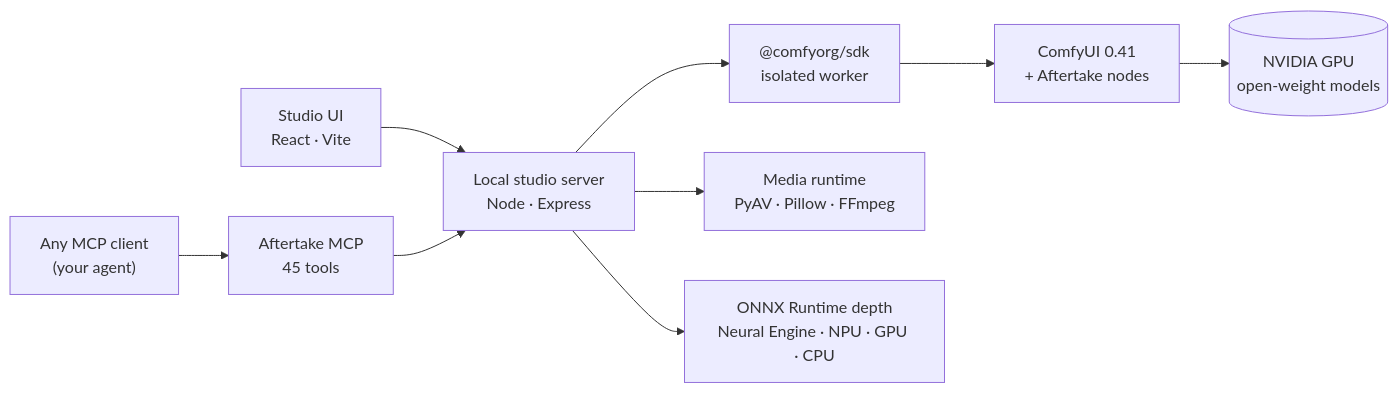
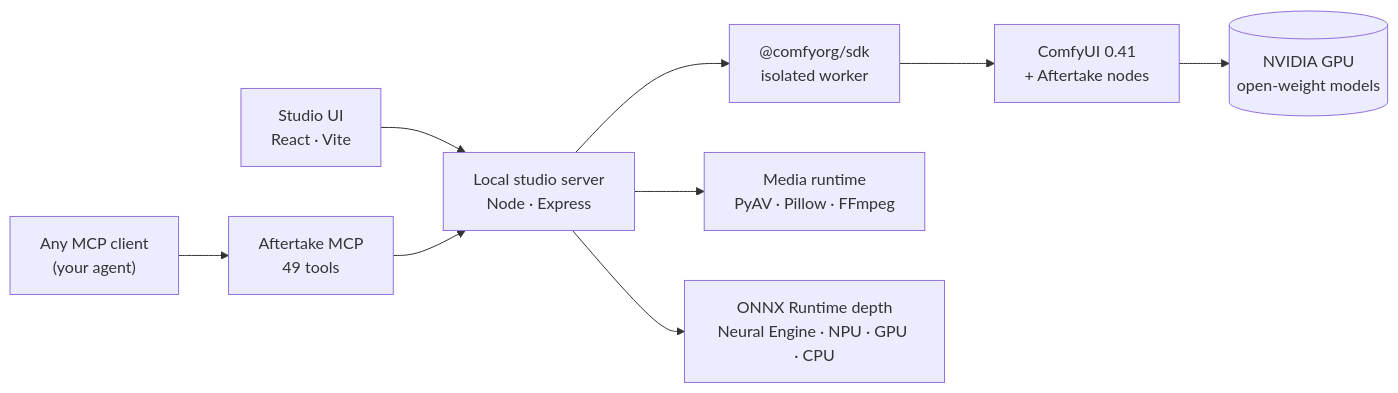
The diagram in README.md (ItsSNOWMOBILE/aftertake), drawn with Mermaid before and after one commit. The commit also changed other lines of this file and 55 other files, not shown here.

````diff
--- a/README.md
+++ b/README.md
@@ -164,8 +168,8 @@
 ```mermaid
 flowchart LR
   UI["Studio UI<br/>React · Vite"] --> Server["Local studio server<br/>Node · Express"]
-  Agent["Any MCP client<br/>(your agent)"] --> MCP["Aftertake MCP<br/>45 tools"] --> Server
+  Agent["Any MCP client<br/>(your agent)"] --> MCP["Aftertake MCP<br/>49 tools"] --> Server
   Server --> SDK["@comfyorg/sdk<br/>isolated worker"] --> Comfy["ComfyUI 0.41<br/>+ Aftertake nodes"] --> GPU[("NVIDIA GPU<br/>open-weight models")]
   Server --> Media["Media runtime<br/>PyAV · Pillow · FFmpeg"]
   Server --> Depth["ONNX Runtime depth<br/>Neural Engine · NPU · GPU · CPU"]
 ```
````
